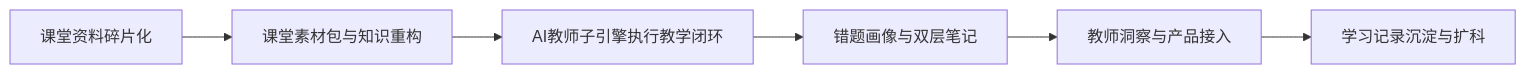
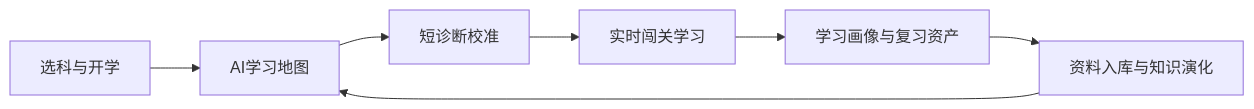
One commit to chenqsq/doc-showcase changed the diagram in doc/智能体文档/平台层/AI主导学习平台-产品总纲.md. Above: the diagram before and after it, drawn with Mermaid. The commit also changed other lines of this file and 42 other files, not shown here.

Commit message:
文档站：切换 AI 主导学习生命周期与实时演化学习地图口径

````diff
--- a/doc/智能体文档/平台层/AI主导学习平台-产品总纲.md
+++ b/doc/智能体文档/平台层/AI主导学习平台-产品总纲.md
@@ -43,8 +35,9 @@
 ```mermaid
 flowchart LR
-    A[课堂资料碎片化] --> B[课堂素材包与知识重构]
-    B --> C[AI教师子引擎执行教学闭环]
-    C --> D[错题画像与双层笔记]
-    D --> E[教师洞察与产品接入]
-    E --> F[学习记录沉淀与扩科]
+    A[选科与开学] --> B[AI学习地图]
+    B --> C[短诊断校准]
+    C --> D[实时闯关学习]
+    D --> E[学习画像与复习资产]
+    E --> F[资料入库与知识演化]
+    F --> B
 ```
````
